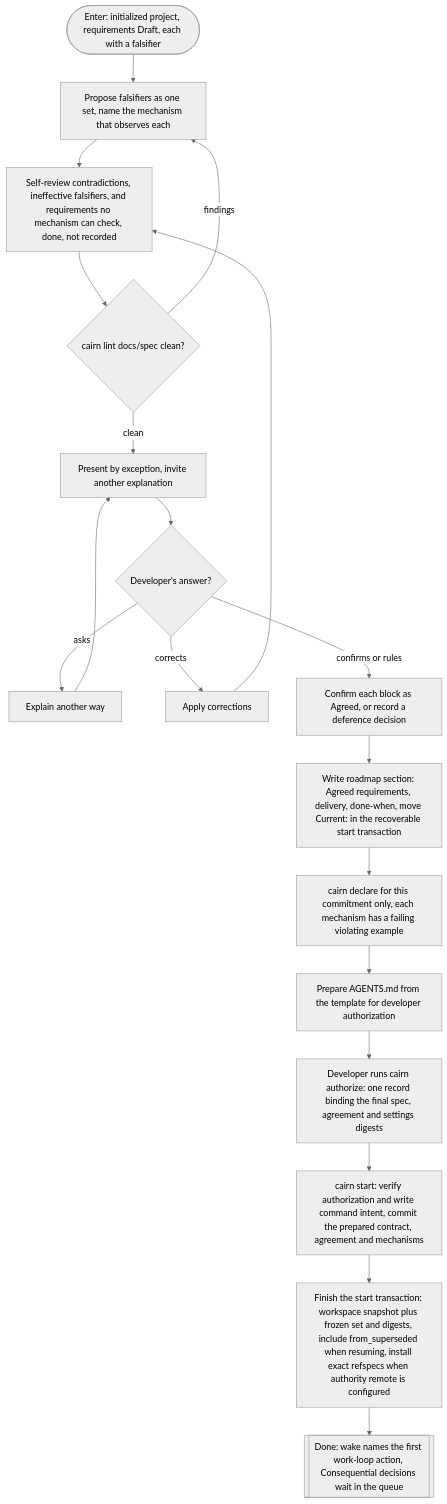
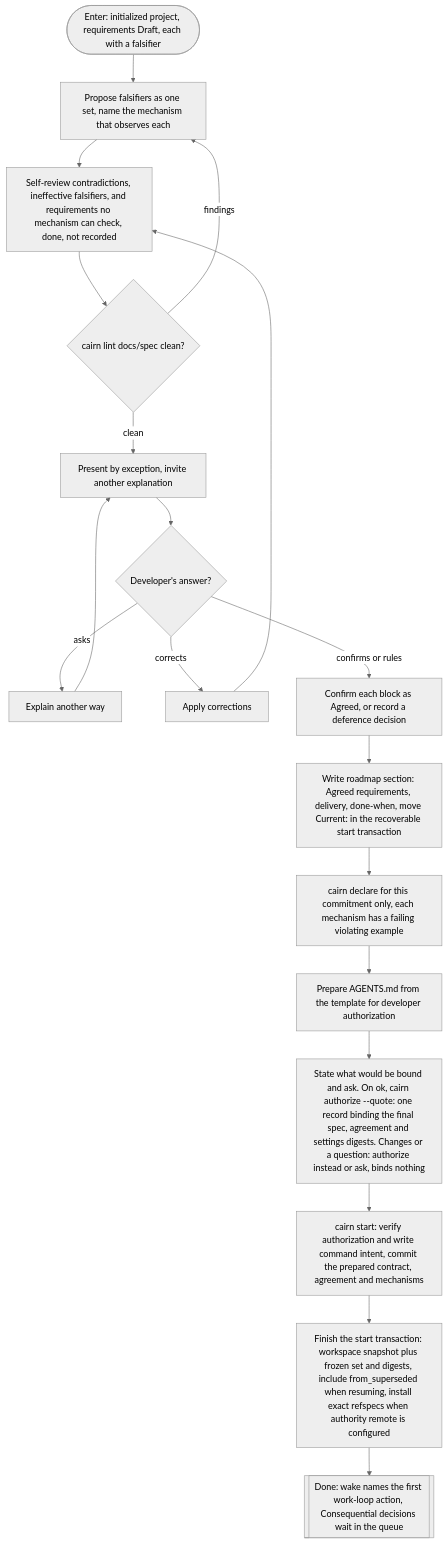
One commit to eas4ai/cairn changed the third of 6 diagrams in docs/manual.md. Above: the diagram before and after it, drawn with Mermaid (neutral theme). The commit also changed other lines of this file and 14 other files, not shown here.

Commit message:
Docs, template, skills and diagrams: the agent asks in conversation and records the developer's words; changelog 2.1.0

````diff
--- a/docs/manual.md
+++ b/docs/manual.md
@@ -255,38 +255,38 @@
 ```mermaid
 flowchart TB
   start(["Enter: initialized project, requirements Draft, each with a falsifier"])
   falsifiers["Propose falsifiers as one set, name the mechanism that observes each"]
   review["Self-review contradictions, ineffective falsifiers, and requirements no mechanism can check, done, not recorded"]
   lint{"cairn lint docs/spec clean?"}
   present["Present by exception, invite another explanation"]
   outcome{"Developer's answer?"}
   explain["Explain another way"]
   correct["Apply corrections"]
   agreed["Confirm each block as Agreed, or record a deference decision"]
   commitment["Write roadmap section: Agreed requirements, delivery, done-when, move Current: in the recoverable start transaction"]
   declare["cairn declare for this commitment only, each mechanism has a failing violating example"]
   agreement["Prepare AGENTS.md from the template for developer authorization"]
-  authorize["Developer runs cairn authorize: one record binding the final spec, agreement and settings digests"]
+  authorize["State what would be bound and ask. On ok, cairn authorize --quote: one record binding the final spec, agreement and settings digests. Changes or a question: authorize instead or ask, binds nothing"]
   startintent["cairn start: verify authorization and write command intent, commit the prepared contract, agreement and mechanisms"]
   startrec["Finish the start transaction: workspace snapshot plus frozen set and digests, include from_superseded when resuming, install exact refspecs when authority remote is configured"]
   done[["Done: wake names the first work-loop action, Consequential decisions wait in the queue"]]
 
   start --> falsifiers
   falsifiers --> review
   review --> lint
   lint -->|"findings"| falsifiers
   lint -->|"clean"| present
   present --> outcome
   outcome -->|"asks"| explain
   explain --> present
   outcome -->|"corrects"| correct
   correct --> review
   outcome -->|"confirms or rules"| agreed
   agreed --> commitment
   commitment --> declare
   declare --> agreement
   agreement --> authorize
   authorize --> startintent
   startintent --> startrec
   startrec --> done
 ```
````
